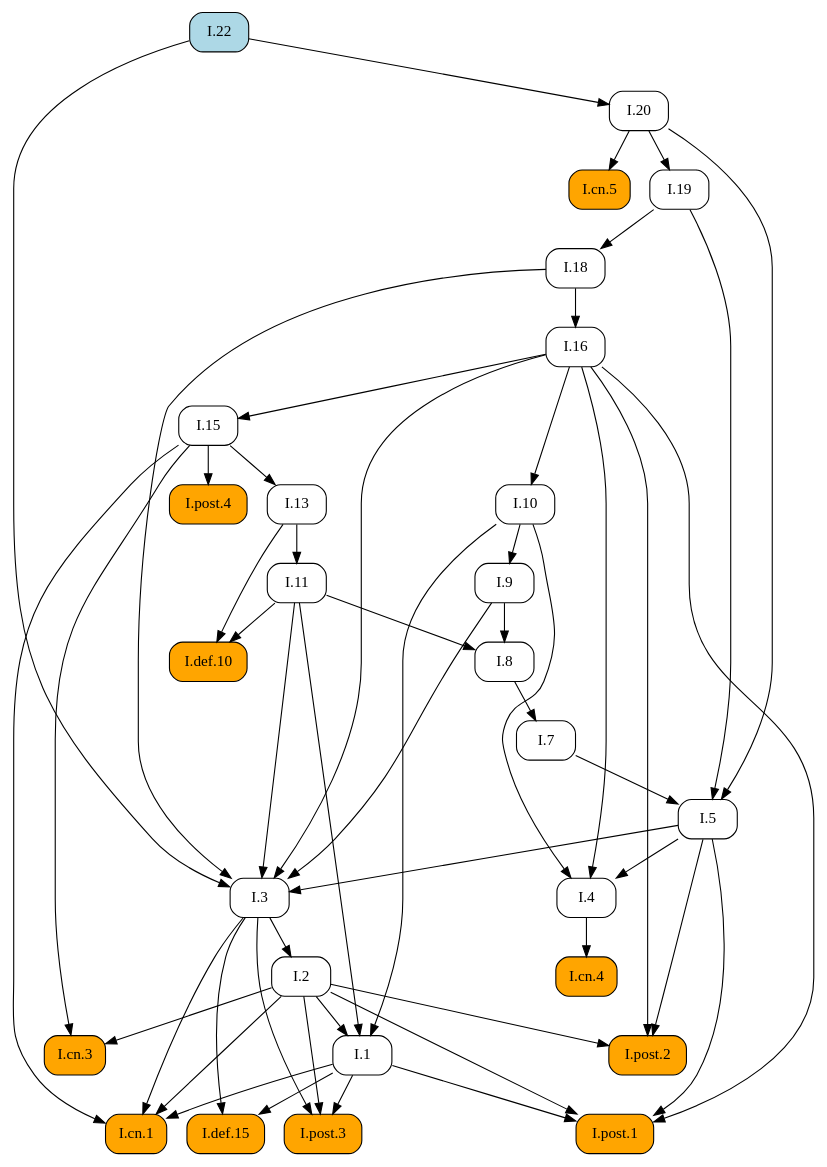
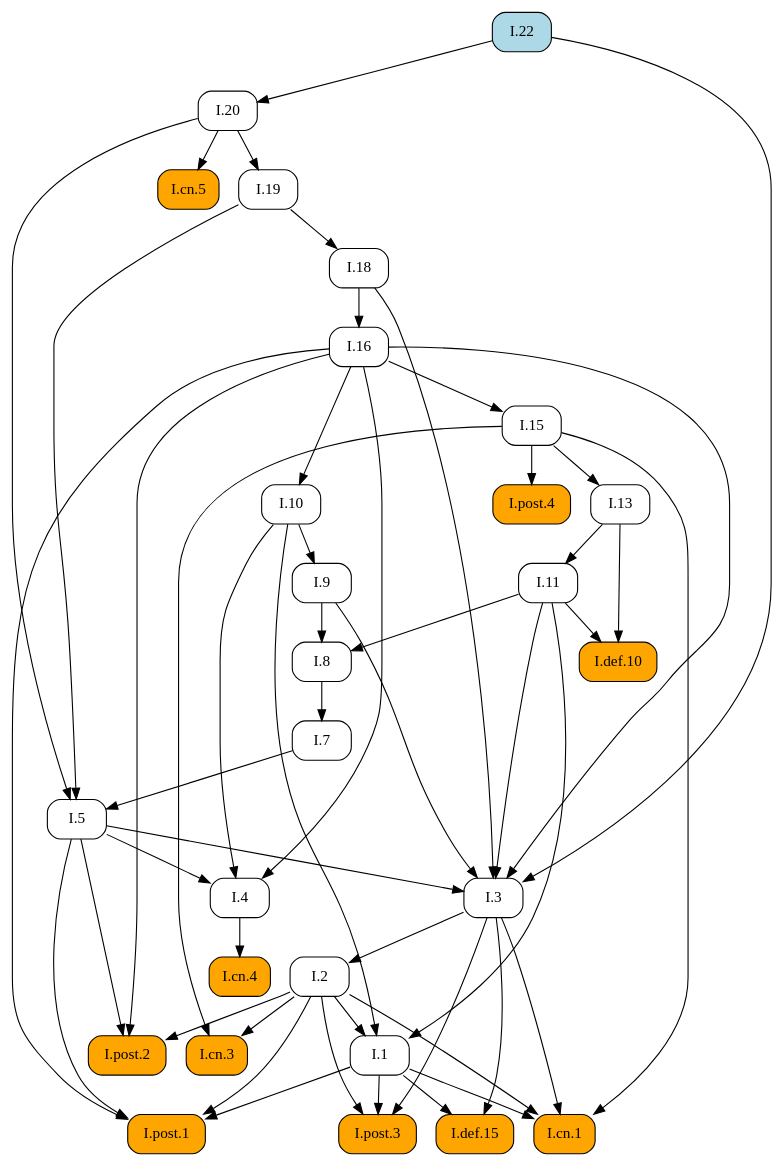
The diagram in docsrc/heath/I/22/index.rst (geometor/elements), drawn with Graphviz before and after one commit. The commit also changed other lines of this file and 1029 other files, not shown here.

```diff
--- a/docsrc/heath/I/22/index.rst
+++ b/docsrc/heath/I/22/index.rst
@@ -90,82 +90,82 @@
    digraph {
      rankdir="TB";
      node [shape=box, style=rounded];
-     "I.13" [URL="/heath/I/13/", target="_top"];
-     "I.cn.3" [style="rounded,filled", fillcolor=orange, URL="/heath/I/cn.3/", target="_top"];
-     "I.5" [URL="/heath/I/5/", target="_top"];
+     "I.def.10" [style="rounded,filled", fillcolor=orange, URL="/heath/I/def.10/", target="_top"];
+     "I.cn.5" [style="rounded,filled", fillcolor=orange, URL="/heath/I/cn.5/", target="_top"];
+     "I.post.4" [style="rounded,filled", fillcolor=orange, URL="/heath/I/post.4/", target="_top"];
+     "I.1" [URL="/heath/I/1/", target="_top"];
      "I.11" [URL="/heath/I/11/", target="_top"];
      "I.7" [URL="/heath/I/7/", target="_top"];
+     "I.20" [URL="/heath/I/20/", target="_top"];
+     "I.3" [URL="/heath/I/3/", target="_top"];
+     "I.2" [URL="/heath/I/2/", target="_top"];
+     "I.4" [URL="/heath/I/4/", target="_top"];
+     "I.13" [URL="/heath/I/13/", target="_top"];
+     "I.post.2" [style="rounded,filled", fillcolor=orange, URL="/heath/I/post.2/", target="_top"];
+     "I.18" [URL="/heath/I/18/", target="_top"];
+     "I.22" [style="rounded,filled", fillcolor=lightblue, URL="/heath/I/22/", target="_top"];
+     "I.16" [URL="/heath/I/16/", target="_top"];
+     "I.def.15" [style="rounded,filled", fillcolor=orange, URL="/heath/I/def.15/", target="_top"];
+     "I.19" [URL="/heath/I/19/", target="_top"];
+     "I.post.3" [style="rounded,filled", fillcolor=orange, URL="/heath/I/post.3/", target="_top"];
+     "I.9" [URL="/heath/I/9/", target="_top"];
+     "I.cn.1" [style="rounded,filled", fillcolor=orange, URL="/heath/I/cn.1/", target="_top"];
+     "I.cn.3" [style="rounded,filled", fillcolor=orange, URL="/heath/I/cn.3/", target="_top"];
+     "I.8" [URL="/heath/I/8/", target="_top"];
+     "I.cn.4" [style="rounded,filled", fillcolor=orange, URL="/heath/I/cn.4/", target="_top"];
+     "I.15" [URL="/heath/I/15/", target="_top"];
+     "I.post.1" [style="rounded,filled", fillcolor=orange, URL="/heath/I/post.1/", target="_top"];
      "I.10" [URL="/heath/I/10/", target="_top"];
-     "I.4" [URL="/heath/I/4/", target="_top"];
-     "I.22" [style="rounded,filled", fillcolor=lightblue, URL="/heath/I/22/", target="_top"];
-     "I.3" [URL="/heath/I/3/", target="_top"];
-     "I.16" [URL="/heath/I/16/", target="_top"];
-     "I.8" [URL="/heath/I/8/", target="_top"];
-     "I.9" [URL="/heath/I/9/", target="_top"];
-     "I.def.10" [style="rounded,filled", fillcolor=orange, URL="/heath/I/def.10/", target="_top"];
-     "I.post.4" [style="rounded,filled", fillcolor=orange, URL="/heath/I/post.4/", target="_top"];
-     "I.post.2" [style="rounded,filled", fillcolor=orange, URL="/heath/I/post.2/", target="_top"];
-     "I.2" [URL="/heath/I/2/", target="_top"];
-     "I.def.15" [style="rounded,filled", fillcolor=orange, URL="/heath/I/def.15/", target="_top"];
-     "I.1" [URL="/heath/I/1/", target="_top"];
-     "I.post.3" [style="rounded,filled", fillcolor=orange, URL="/heath/I/post.3/", target="_top"];
-     "I.post.1" [style="rounded,filled", fillcolor=orange, URL="/heath/I/post.1/", target="_top"];
-     "I.cn.5" [style="rounded,filled", fillcolor=orange, URL="/heath/I/cn.5/", target="_top"];
-     "I.20" [URL="/heath/I/20/", target="_top"];
-     "I.cn.4" [style="rounded,filled", fillcolor=orange, URL="/heath/I/cn.4/", target="_top"];
-     "I.cn.1" [style="rounded,filled", fillcolor=orange, URL="/heath/I/cn.1/", target="_top"];
-     "I.15" [URL="/heath/I/15/", target="_top"];
-     "I.19" [URL="/heath/I/19/", target="_top"];
-     "I.18" [URL="/heath/I/18/", target="_top"];
-     "I.15" -> "I.13";
-     "I.2" -> "I.cn.3";
-     "I.15" -> "I.cn.3";
-     "I.7" -> "I.5";
-     "I.19" -> "I.5";
-     "I.20" -> "I.5";
+     "I.5" [URL="/heath/I/5/", target="_top"];
+     "I.11" -> "I.def.10";
+     "I.13" -> "I.def.10";
+     "I.20" -> "I.cn.5";
+     "I.15" -> "I.post.4";
+     "I.2" -> "I.1";
+     "I.10" -> "I.1";
+     "I.11" -> "I.1";
      "I.13" -> "I.11";
      "I.8" -> "I.7";
-     "I.16" -> "I.10";
-     "I.5" -> "I.4";
-     "I.10" -> "I.4";
-     "I.16" -> "I.4";
+     "I.22" -> "I.20";
      "I.5" -> "I.3";
      "I.9" -> "I.3";
      "I.11" -> "I.3";
      "I.16" -> "I.3";
      "I.18" -> "I.3";
      "I.22" -> "I.3";
-     "I.18" -> "I.16";
-     "I.9" -> "I.8";
-     "I.11" -> "I.8";
-     "I.10" -> "I.9";
-     "I.11" -> "I.def.10";
-     "I.13" -> "I.def.10";
-     "I.15" -> "I.post.4";
+     "I.3" -> "I.2";
+     "I.5" -> "I.4";
+     "I.10" -> "I.4";
+     "I.16" -> "I.4";
+     "I.15" -> "I.13";
      "I.2" -> "I.post.2";
      "I.5" -> "I.post.2";
      "I.16" -> "I.post.2";
-     "I.3" -> "I.2";
+     "I.19" -> "I.18";
+     "I.18" -> "I.16";
      "I.1" -> "I.def.15";
      "I.3" -> "I.def.15";
-     "I.2" -> "I.1";
-     "I.10" -> "I.1";
-     "I.11" -> "I.1";
+     "I.20" -> "I.19";
      "I.1" -> "I.post.3";
      "I.2" -> "I.post.3";
      "I.3" -> "I.post.3";
+     "I.10" -> "I.9";
+     "I.1" -> "I.cn.1";
+     "I.2" -> "I.cn.1";
+     "I.3" -> "I.cn.1";
+     "I.15" -> "I.cn.1";
+     "I.2" -> "I.cn.3";
+     "I.15" -> "I.cn.3";
+     "I.9" -> "I.8";
+     "I.11" -> "I.8";
+     "I.4" -> "I.cn.4";
+     "I.16" -> "I.15";
      "I.1" -> "I.post.1";
      "I.2" -> "I.post.1";
      "I.5" -> "I.post.1";
      "I.16" -> "I.post.1";
-     "I.20" -> "I.cn.5";
-     "I.22" -> "I.20";
-     "I.4" -> "I.cn.4";
-     "I.1" -> "I.cn.1";
-     "I.2" -> "I.cn.1";
-     "I.3" -> "I.cn.1";
-     "I.15" -> "I.cn.1";
-     "I.16" -> "I.15";
-     "I.20" -> "I.19";
-     "I.19" -> "I.18";
+     "I.16" -> "I.10";
+     "I.7" -> "I.5";
+     "I.19" -> "I.5";
+     "I.20" -> "I.5";
    }
```
